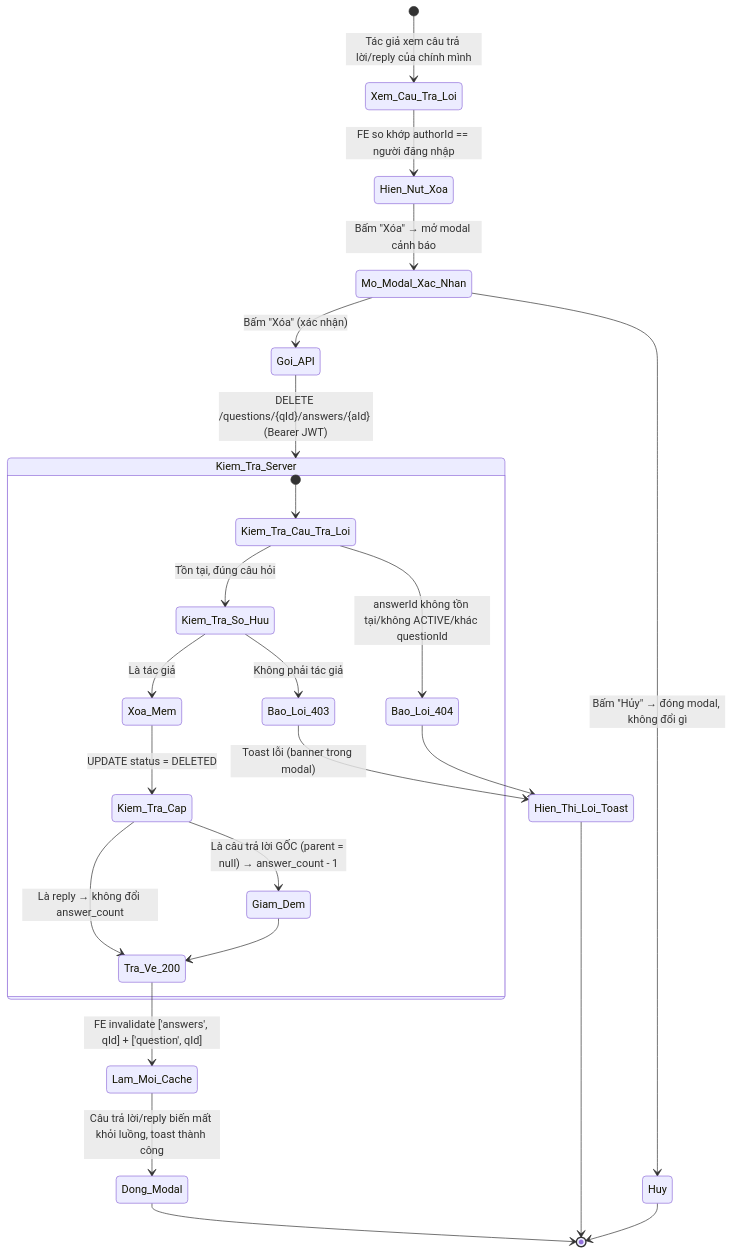
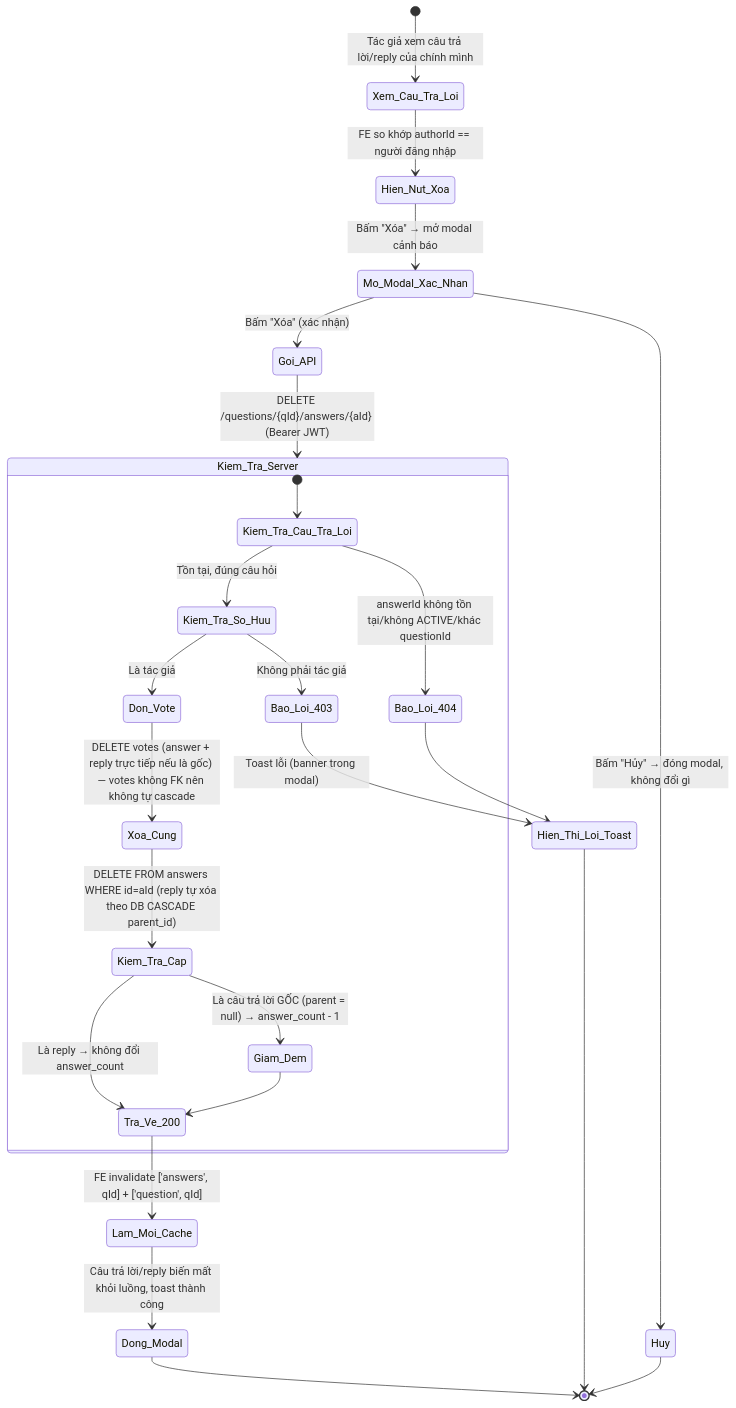
Before and after one commit to Alumnect/Alumnect: the first of 3 diagrams in docs/update_SRS/SRS_UC_UC49_DeleteAnswer.md, drawn with Mermaid. The commit also changed other lines of this file and 3 other files, not shown here.

First line of the commit message:
fix(uc49): xoa cau tra loi phai la xoa cung (hard delete) thay vi doi status

````diff
--- a/docs/update_SRS/SRS_UC_UC49_DeleteAnswer.md
+++ b/docs/update_SRS/SRS_UC_UC49_DeleteAnswer.md
@@ -7,31 +7,32 @@
 ```mermaid
 stateDiagram-v2
     [*] --> Xem_Cau_Tra_Loi : Tác giả xem câu trả lời/reply của chính mình
     Xem_Cau_Tra_Loi --> Hien_Nut_Xoa : FE so khớp authorId == người đăng nhập
     Hien_Nut_Xoa --> Mo_Modal_Xac_Nhan : Bấm "Xóa" → mở modal cảnh báo
 
     Mo_Modal_Xac_Nhan --> Huy : Bấm "Hủy" → đóng modal, không đổi gì
     Mo_Modal_Xac_Nhan --> Goi_API : Bấm "Xóa" (xác nhận)
 
     Goi_API --> Kiem_Tra_Server : DELETE /questions/{qId}/answers/{aId} (Bearer JWT)
 
     state Kiem_Tra_Server {
         [*] --> Kiem_Tra_Cau_Tra_Loi
         Kiem_Tra_Cau_Tra_Loi --> Bao_Loi_404 : answerId không tồn tại/không ACTIVE/khác questionId
         Kiem_Tra_Cau_Tra_Loi --> Kiem_Tra_So_Huu : Tồn tại, đúng câu hỏi
         Kiem_Tra_So_Huu --> Bao_Loi_403 : Không phải tác giả
-        Kiem_Tra_So_Huu --> Xoa_Mem : Là tác giả
-        Xoa_Mem --> Kiem_Tra_Cap : UPDATE status = DELETED
+        Kiem_Tra_So_Huu --> Don_Vote : Là tác giả
+        Don_Vote --> Xoa_Cung : DELETE votes (answer + reply trực tiếp nếu là gốc) — votes không FK nên không tự cascade
+        Xoa_Cung --> Kiem_Tra_Cap : DELETE FROM answers WHERE id=aId (reply tự xóa theo DB CASCADE parent_id)
         Kiem_Tra_Cap --> Giam_Dem : Là câu trả lời GỐC (parent = null) → answer_count - 1
         Kiem_Tra_Cap --> Tra_Ve_200 : Là reply → không đổi answer_count
         Giam_Dem --> Tra_Ve_200
     }
 
     Bao_Loi_403 --> Hien_Thi_Loi_Toast : Toast lỗi (banner trong modal)
     Bao_Loi_404 --> Hien_Thi_Loi_Toast
     Tra_Ve_200 --> Lam_Moi_Cache : FE invalidate ['answers', qId] + ['question', qId]
     Lam_Moi_Cache --> Dong_Modal : Câu trả lời/reply biến mất khỏi luồng, toast thành công
     Dong_Modal --> [*]
     Hien_Thi_Loi_Toast --> [*]
     Huy --> [*]
 ```
````
